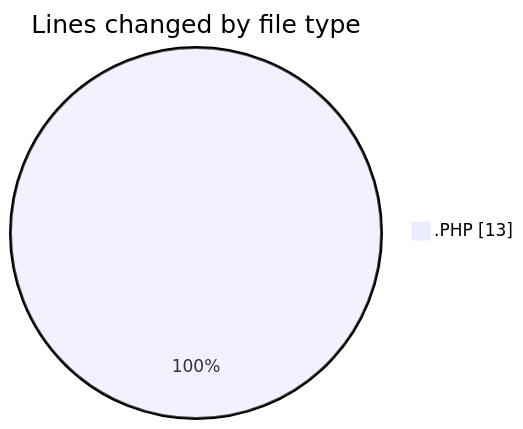
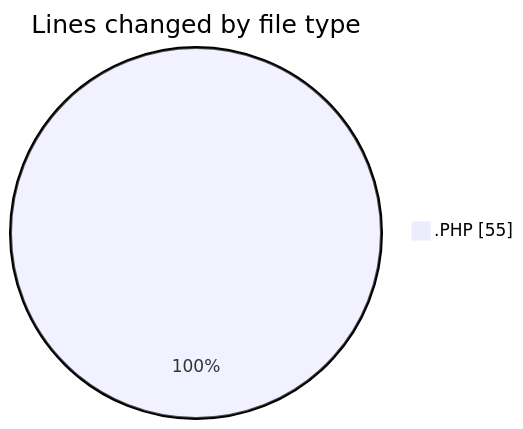
Before and after one commit to LanceThiago/code-tracking: the first of 2 diagrams in 2025-05-15/jogo/README.md, drawn with Mermaid. The commit also changed other lines of this file and 1 other file, not shown here.

````diff
--- a/2025-05-15/jogo/README.md
+++ b/2025-05-15/jogo/README.md
@@ -20,5 +20,5 @@
 ```mermaid
 pie showData
 title Lines changed by file type
-".PHP" : 13
+".PHP" : 55
 ```
````
